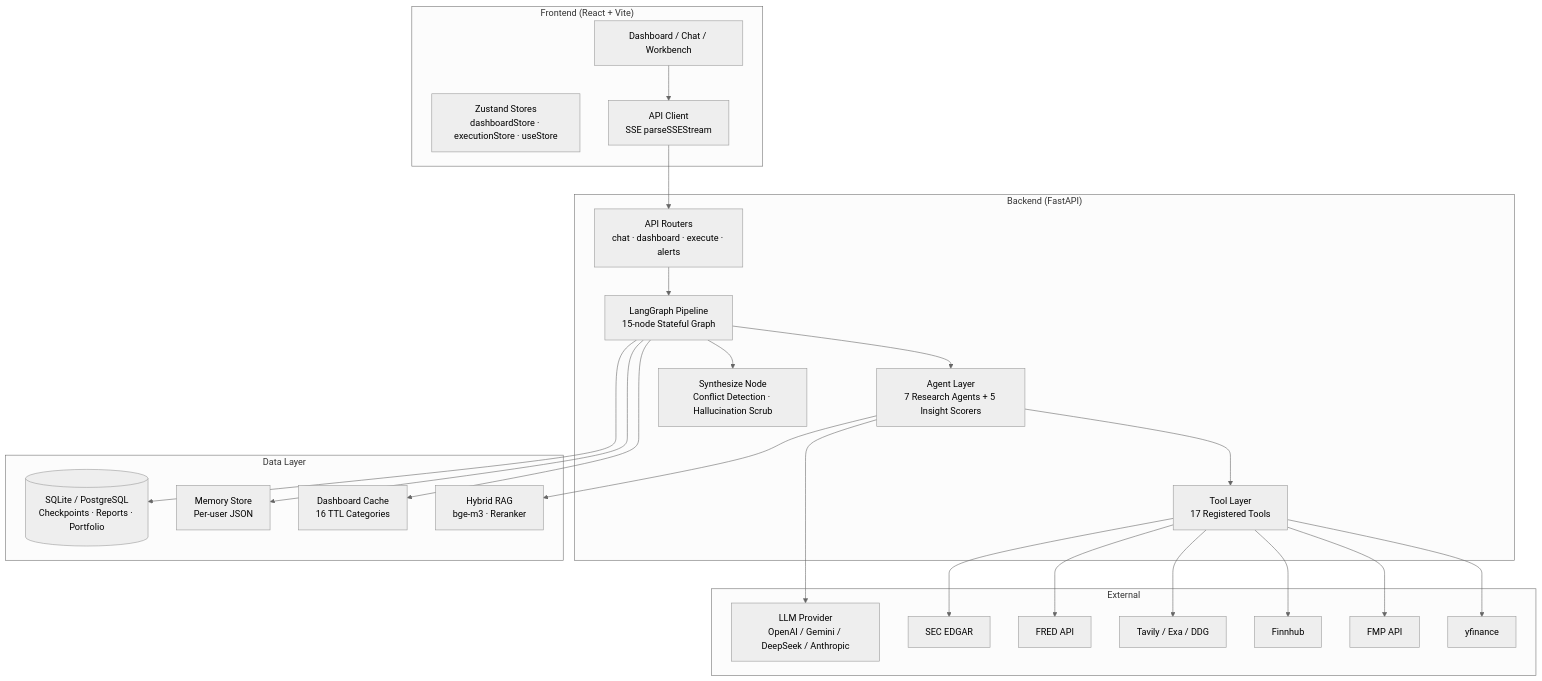
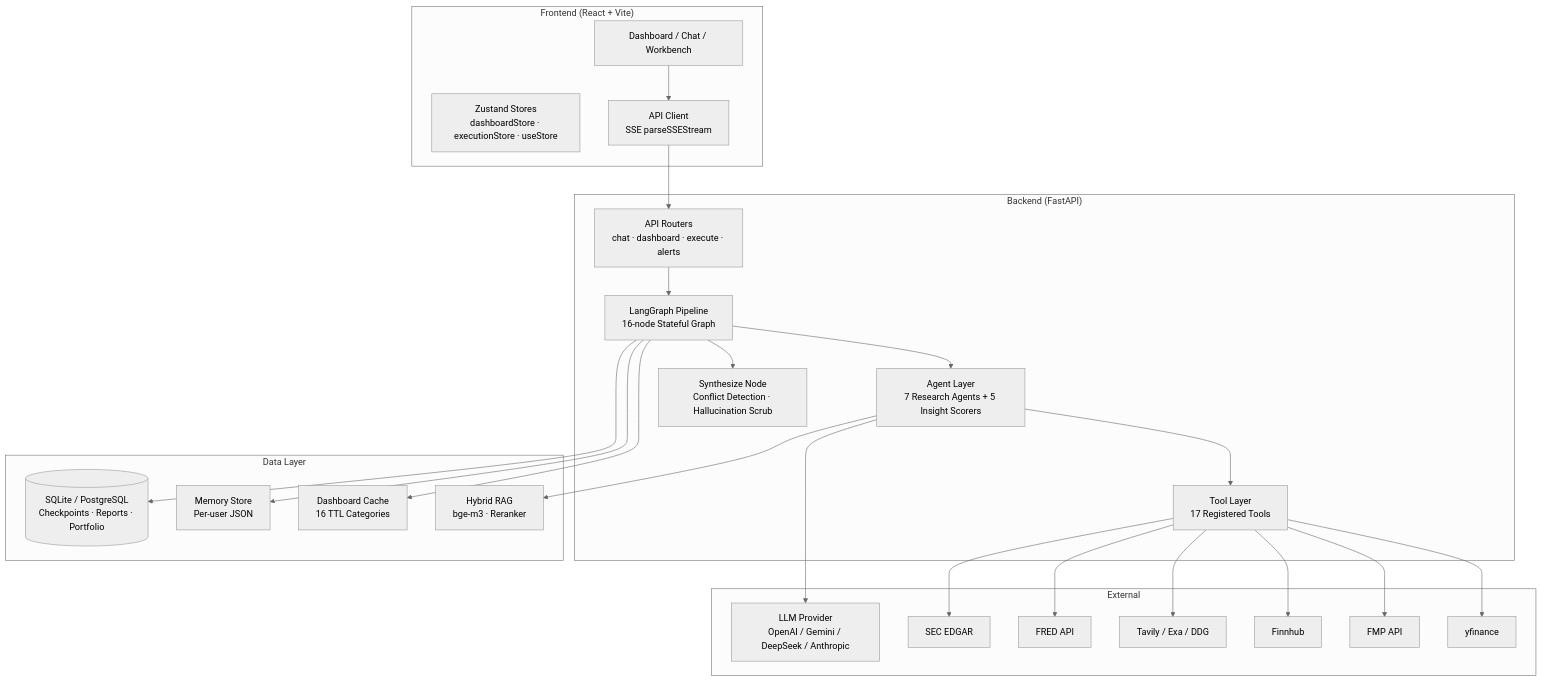
The first of 7 diagrams in readme.md (kkkano/FinSight), drawn with Mermaid (neutral theme) before and after one commit. The commit also changed other lines of this file and 5 other files, not shown here.

First line of the commit message:
docs: sync architecture docs for 16-node pipeline + compare evidence gate

````diff
--- a/readme.md
+++ b/readme.md
@@ -159,41 +159,41 @@
 ```mermaid
 graph TB
     subgraph "Frontend (React + Vite)"
         UI[Dashboard / Chat / Workbench]
         STORE[Zustand Stores<br/>dashboardStore · executionStore · useStore]
         API_CLIENT[API Client<br/>SSE parseSSEStream]
     end
 
     subgraph "Backend (FastAPI)"
         ROUTER[API Routers<br/>chat · dashboard · execute · alerts]
-        GRAPH[LangGraph Pipeline<br/>15-node Stateful Graph]
+        GRAPH[LangGraph Pipeline<br/>16-node Stateful Graph]
         AGENTS[Agent Layer<br/>7 Research Agents + 5 Insight Scorers]
         TOOLS[Tool Layer<br/>17 Registered Tools]
         SYNTH[Synthesize Node<br/>Conflict Detection · Hallucination Scrub]
     end
 
     subgraph "Data Layer"
         RAG[Hybrid RAG<br/>bge-m3 · Reranker]
         CACHE[Dashboard Cache<br/>16 TTL Categories]
         MEMORY[Memory Store<br/>Per-user JSON]
         DB[(SQLite / PostgreSQL<br/>Checkpoints · Reports · Portfolio)]
     end
 
     subgraph "External"
         YFINANCE[yfinance]
         FMP[FMP API]
         FINNHUB[Finnhub]
         TAVILY[Tavily / Exa / DDG]
         FRED[FRED API]
         SEC[SEC EDGAR]
         LLM_API[LLM Provider<br/>OpenAI / Gemini / DeepSeek / Anthropic]
     end
 
     UI --> API_CLIENT --> ROUTER
     ROUTER --> GRAPH --> AGENTS --> TOOLS
     GRAPH --> SYNTH
     TOOLS --> YFINANCE & FMP & FINNHUB & TAVILY & FRED & SEC
     AGENTS --> LLM_API
     AGENTS --> RAG
     GRAPH --> CACHE & MEMORY & DB
 ```
````
